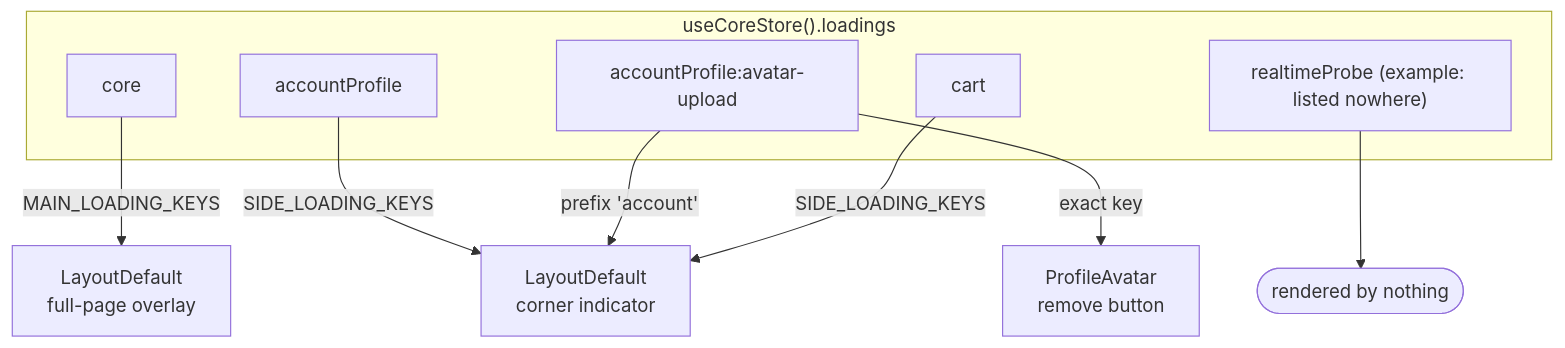
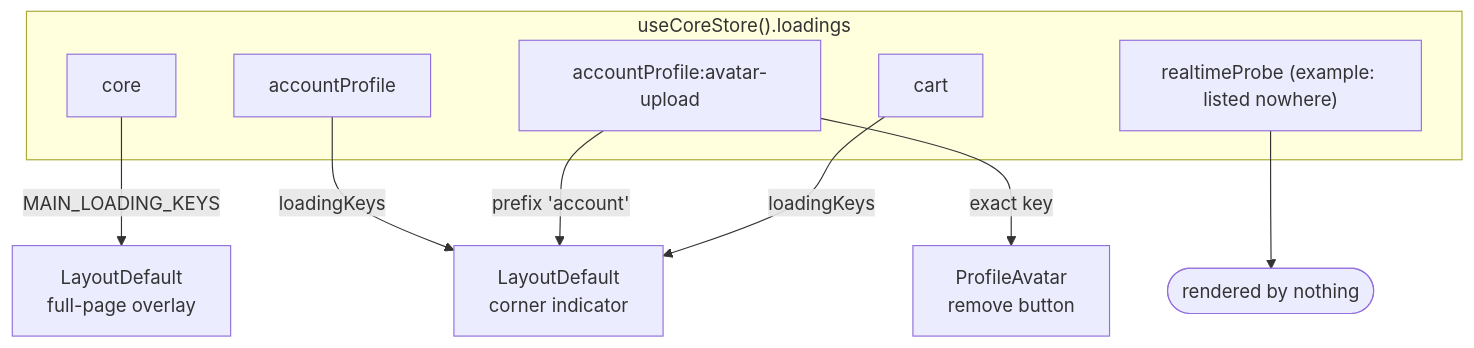
One commit to Guebbit/boilerplate-vue-frontend changed the diagram in docs/theory/loading-state.md. Above: the diagram before and after it, drawn with Mermaid. The commit also changed other lines of this file and 65 other files, not shown here.

````diff
--- a/docs/theory/loading-state.md
+++ b/docs/theory/loading-state.md
@@ -42,22 +42,22 @@
 ```mermaid
 flowchart TB
     subgraph Dict ["useCoreStore().loadings"]
         K1["core"]
         K2["accountProfile"]
         K3["accountProfile:avatar-upload"]
         K4["cart"]
         K5["realtimeProbe (example: listed nowhere)"]
     end
 
     Overlay["LayoutDefault\nfull-page overlay"]
     Corner["LayoutDefault\ncorner indicator"]
     Button["ProfileAvatar\nremove button"]
     Silent(["rendered by nothing"])
 
     K1 -->|MAIN_LOADING_KEYS| Overlay
-    K2 -->|SIDE_LOADING_KEYS| Corner
+    K2 -->|"loadingKeys"| Corner
     K3 -->|prefix 'account'| Corner
-    K4 -->|SIDE_LOADING_KEYS| Corner
+    K4 -->|"loadingKeys"| Corner
     K3 -->|exact key| Button
     K5 --> Silent
 ```
````
